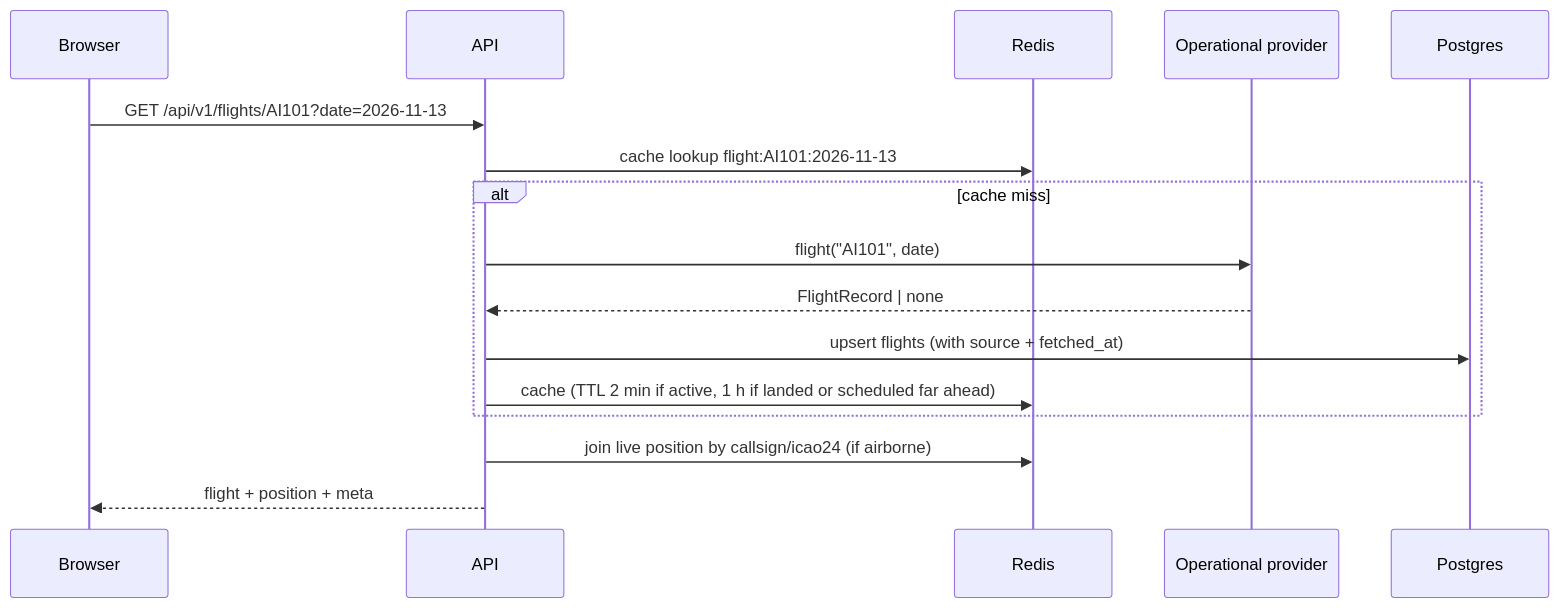
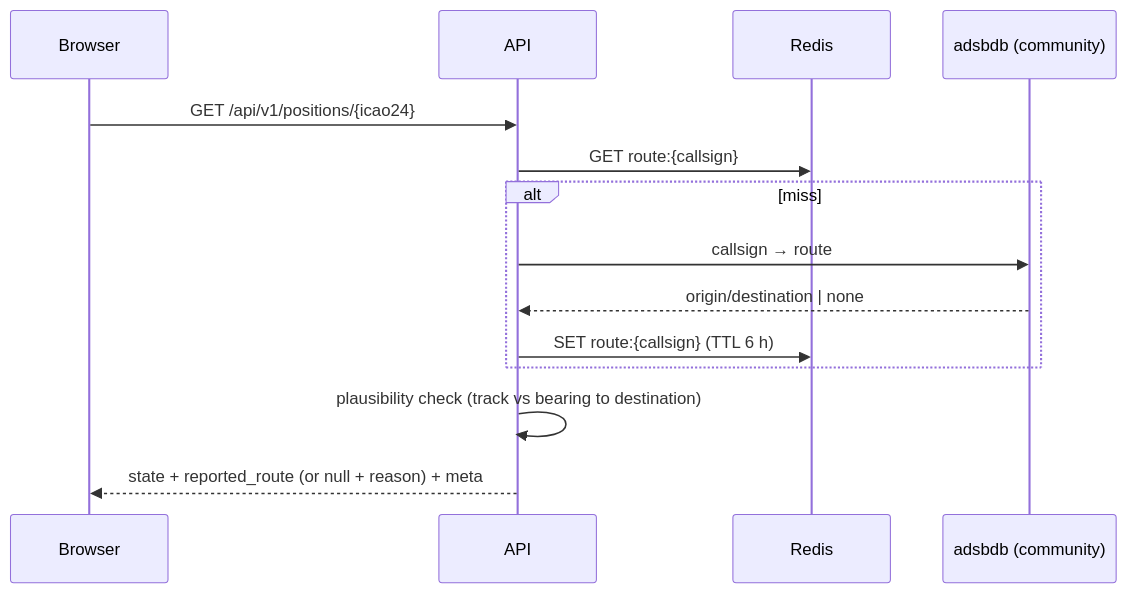
One commit to NagbhushanPai/AeroGuide changed the second of 2 diagrams in docs/architecture/flight-data-flow.md. Above: the diagram before and after it, drawn with Mermaid. The commit also changed other lines of this file and 36 other files, not shown here.

````diff
--- a/docs/architecture/flight-data-flow.md
+++ b/docs/architecture/flight-data-flow.md
@@ -64,18 +66,16 @@
 ```mermaid
 sequenceDiagram
   participant B as Browser
   participant A as API
   participant R as Redis
-  participant O as Operational provider
-  participant DB as Postgres
-  B->>A: GET /api/v1/flights/AI101?date=2026-11-13
-  A->>R: cache lookup flight:AI101:2026-11-13
-  alt cache miss
-    A->>O: flight("AI101", date)
-    O-->>A: FlightRecord | none
-    A->>DB: upsert flights (with source + fetched_at)
-    A->>R: cache (TTL 2 min if active, 1 h if landed or scheduled far ahead)
+  participant D as adsbdb (community)
+  B->>A: GET /api/v1/positions/{icao24}
+  A->>R: GET route:{callsign}
+  alt miss
+    A->>D: callsign → route
+    D-->>A: origin/destination | none
+    A->>R: SET route:{callsign} (TTL 6 h)
   end
-  A->>R: join live position by callsign/icao24 (if airborne)
-  A-->>B: flight + position + meta
+  A->>A: plausibility check (track vs bearing to destination)
+  A-->>B: state + reported_route (or null + reason) + meta
 ```
````
